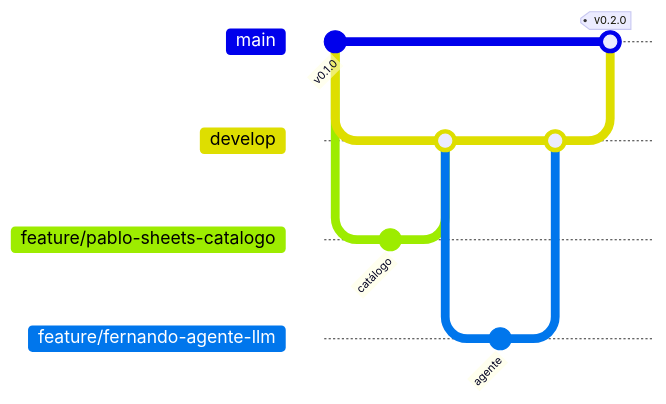
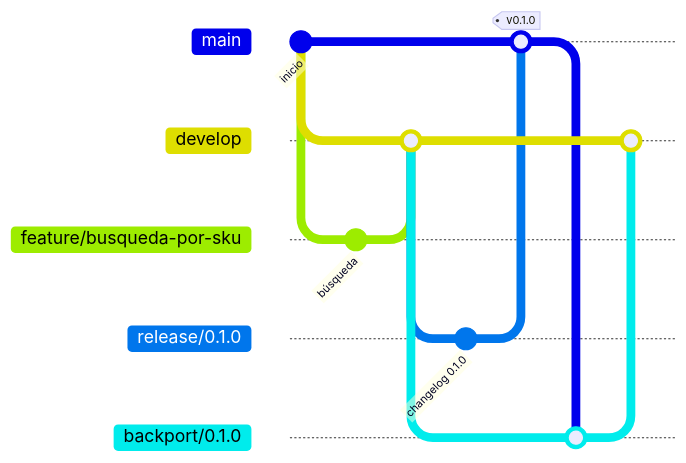
The diagram in CONTRIBUTING.md (FernandoMRestelli/norma-agentic-ai), drawn with Mermaid before and after one commit. The commit also changed other lines of this file and 25 other files, not shown here.

````diff
--- a/CONTRIBUTING.md
+++ b/CONTRIBUTING.md
@@ -16,16 +25,19 @@
 ```mermaid
 gitGraph
-    commit id: "v0.1.0"
+    commit id: "inicio"
     branch develop
     checkout develop
-    branch feature/pablo-sheets-catalogo
-    commit id: "catálogo"
+    branch feature/busqueda-por-sku
+    commit id: "búsqueda"
     checkout develop
-    merge feature/pablo-sheets-catalogo
-    branch feature/fernando-agente-llm
-    commit id: "agente"
+    merge feature/busqueda-por-sku
+    branch release/0.1.0
+    commit id: "changelog 0.1.0"
+    checkout main
+    merge release/0.1.0 tag: "v0.1.0"
     checkout develop
-    merge feature/fernando-agente-llm
-    checkout main
-    merge develop tag: "v0.2.0"
+    branch backport/0.1.0
+    merge main
+    checkout develop
+    merge backport/0.1.0
 ```
````
